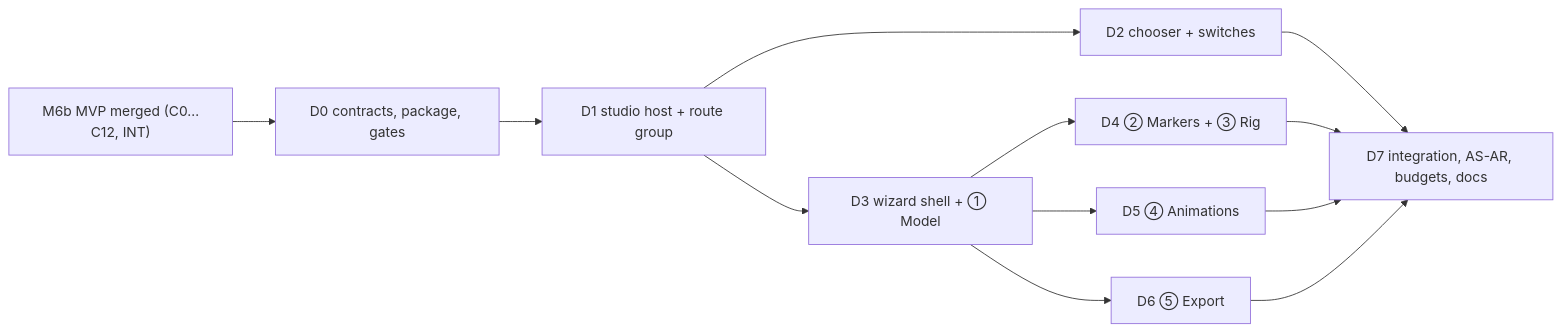
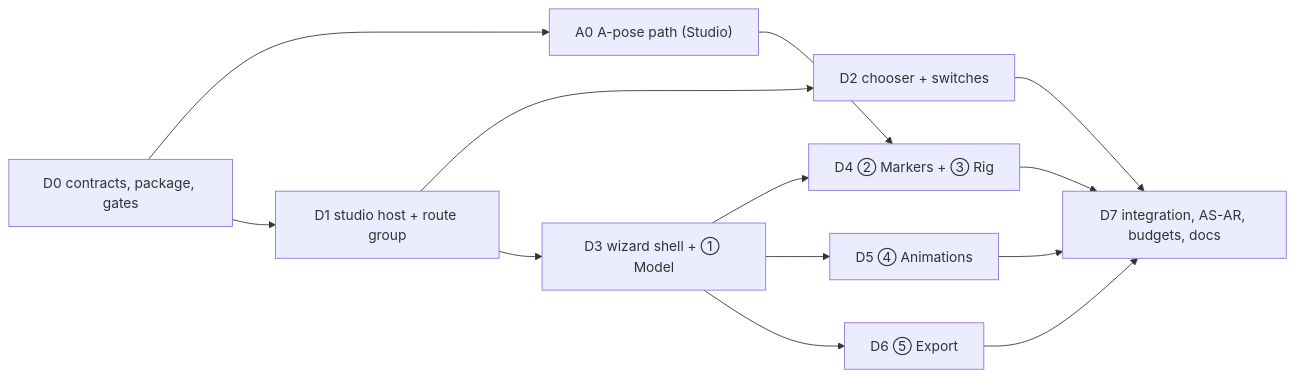
One commit to ekza-space/ekza-animator changed the second of 2 diagrams in docs/AUTORIG-SPEC.md. Above: the diagram before and after it, drawn with Mermaid. The commit also changed other lines of this file and 2 other files, not shown here.

First line of the commit message:
docs(autorig): spec v0.2 against the merged M6b MVP, A-pose package A0

````diff
--- a/docs/AUTORIG-SPEC.md
+++ b/docs/AUTORIG-SPEC.md
@@ -875,11 +1013,12 @@
 ```mermaid
 flowchart LR
-  M6B["M6b MVP merged (C0…C12, INT)"] --> D0["D0 contracts, package, gates"]
+  D0["D0 contracts, package, gates"] --> A0["A0 A-pose path (Studio)"]
   D0 --> D1["D1 studio host + route group"]
   D1 --> D2["D2 chooser + switches"]
   D1 --> D3["D3 wizard shell + ① Model"]
   D3 --> D4["D4 ② Markers + ③ Rig"]
+  A0 --> D4
   D3 --> D5["D5 ④ Animations"]
   D3 --> D6["D6 ⑤ Export"]
   D2 & D4 & D5 & D6 --> D7["D7 integration, AS-AR, budgets, docs"]
 ```
````
